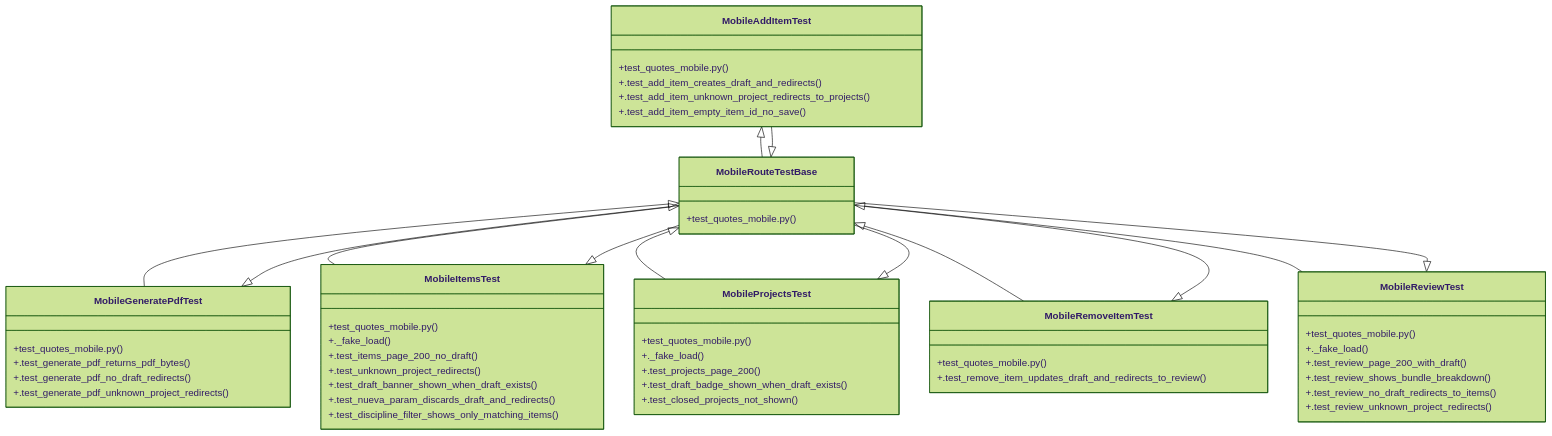
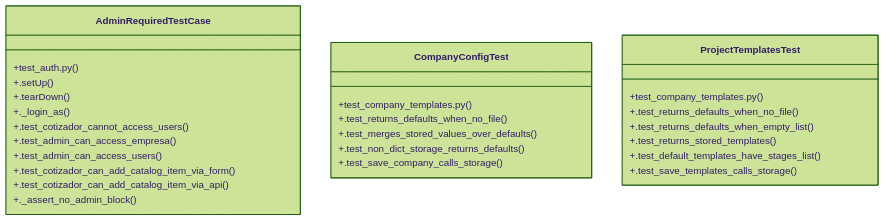
One commit to Daftrick/ProjectTracker changed the diagram in graphify-out/wiki/Community_13.md. Above: the diagram before and after it, drawn with Mermaid (forest theme). The commit also changed other lines of this file and 414 other files, not shown here.

First line of the commit message:
fix: fecha dd-mm-aa en PDF de LDM; refresca project_name en cotización al editar

````diff
--- a/graphify-out/wiki/Community_13.md
+++ b/graphify-out/wiki/Community_13.md
@@ -36,58 +36,30 @@
 ```mermaid
 classDiagram
-    class MobileAddItemTest {
-        +test_quotes_mobile.py()
-        +.test_add_item_creates_draft_and_redirects()
-        +.test_add_item_unknown_project_redirects_to_projects()
-        +.test_add_item_empty_item_id_no_save()
+    class AdminRequiredTestCase {
+        +test_auth.py()
+        +.setUp()
+        +.tearDown()
+        +._login_as()
+        +.test_cotizador_cannot_access_users()
+        +.test_admin_can_access_empresa()
+        +.test_admin_can_access_users()
+        +.test_cotizador_can_add_catalog_item_via_form()
+        +.test_cotizador_can_add_catalog_item_via_api()
+        +._assert_no_admin_block()
     }
-    class MobileGeneratePdfTest {
-        +test_quotes_mobile.py()
-        +.test_generate_pdf_returns_pdf_bytes()
-        +.test_generate_pdf_no_draft_redirects()
-        +.test_generate_pdf_unknown_project_redirects()
+    class CompanyConfigTest {
+        +test_company_templates.py()
+        +.test_returns_defaults_when_no_file()
+        +.test_merges_stored_values_over_defaults()
+        +.test_non_dict_storage_returns_defaults()
+        +.test_save_company_calls_storage()
     }
-    class MobileItemsTest {
-        +test_quotes_mobile.py()
-        +._fake_load()
-        +.test_items_page_200_no_draft()
-        +.test_unknown_project_redirects()
-        +.test_draft_banner_shown_when_draft_exists()
-        +.test_nueva_param_discards_draft_and_redirects()
-        +.test_discipline_filter_shows_only_matching_items()
+    class ProjectTemplatesTest {
+        +test_company_templates.py()
+        +.test_returns_defaults_when_no_file()
+        +.test_returns_defaults_when_empty_list()
+        +.test_returns_stored_templates()
+        +.test_default_templates_have_stages_list()
+        +.test_save_templates_calls_storage()
     }
-    class MobileProjectsTest {
-        +test_quotes_mobile.py()
-        +._fake_load()
-        +.test_projects_page_200()
-        +.test_draft_badge_shown_when_draft_exists()
-        +.test_closed_projects_not_shown()
-    }
-    class MobileRemoveItemTest {
-        +test_quotes_mobile.py()
-        +.test_remove_item_updates_draft_and_redirects_to_review()
-    }
-    class MobileReviewTest {
-        +test_quotes_mobile.py()
-        +._fake_load()
-        +.test_review_page_200_with_draft()
-        +.test_review_shows_bundle_breakdown()
-        +.test_review_no_draft_redirects_to_items()
-        +.test_review_unknown_project_redirects()
-    }
-    class MobileRouteTestBase {
-        +test_quotes_mobile.py()
-    }
-    MobileRouteTestBase <|-- MobileAddItemTest
-    MobileRouteTestBase <|-- MobileGeneratePdfTest
-    MobileRouteTestBase <|-- MobileItemsTest
-    MobileRouteTestBase <|-- MobileProjectsTest
-    MobileRouteTestBase <|-- MobileRemoveItemTest
-    MobileRouteTestBase <|-- MobileReviewTest
-    MobileProjectsTest <|-- MobileRouteTestBase
-    MobileItemsTest <|-- MobileRouteTestBase
-    MobileAddItemTest <|-- MobileRouteTestBase
-    MobileRemoveItemTest <|-- MobileRouteTestBase
-    MobileReviewTest <|-- MobileRouteTestBase
-    MobileGeneratePdfTest <|-- MobileRouteTestBase
 ```
````
